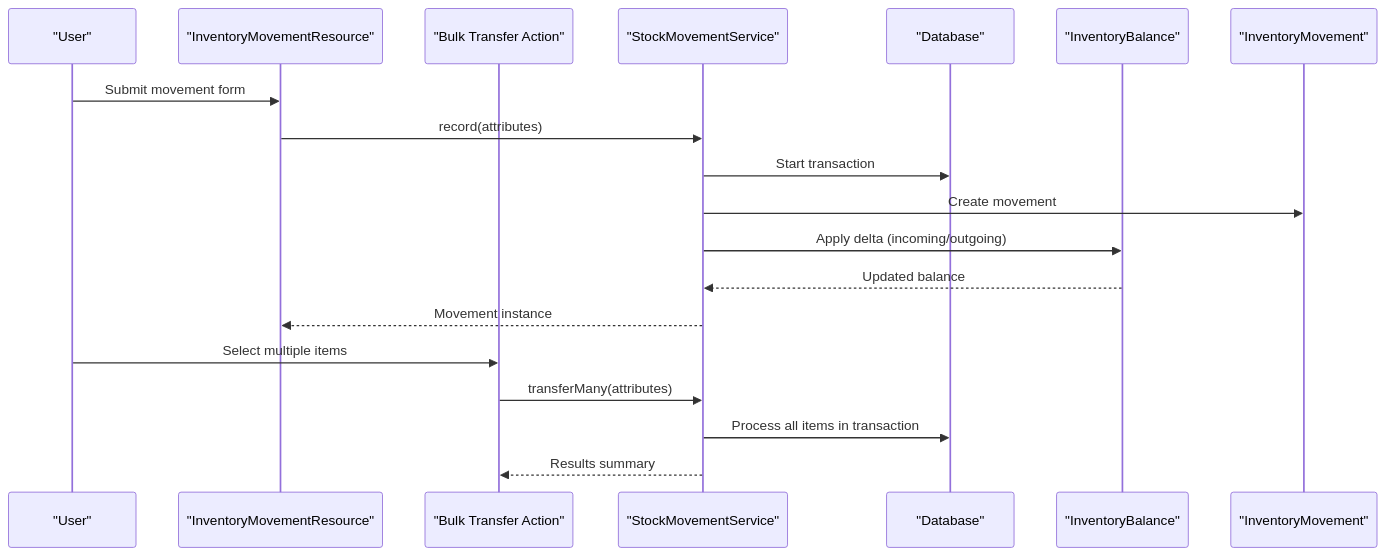
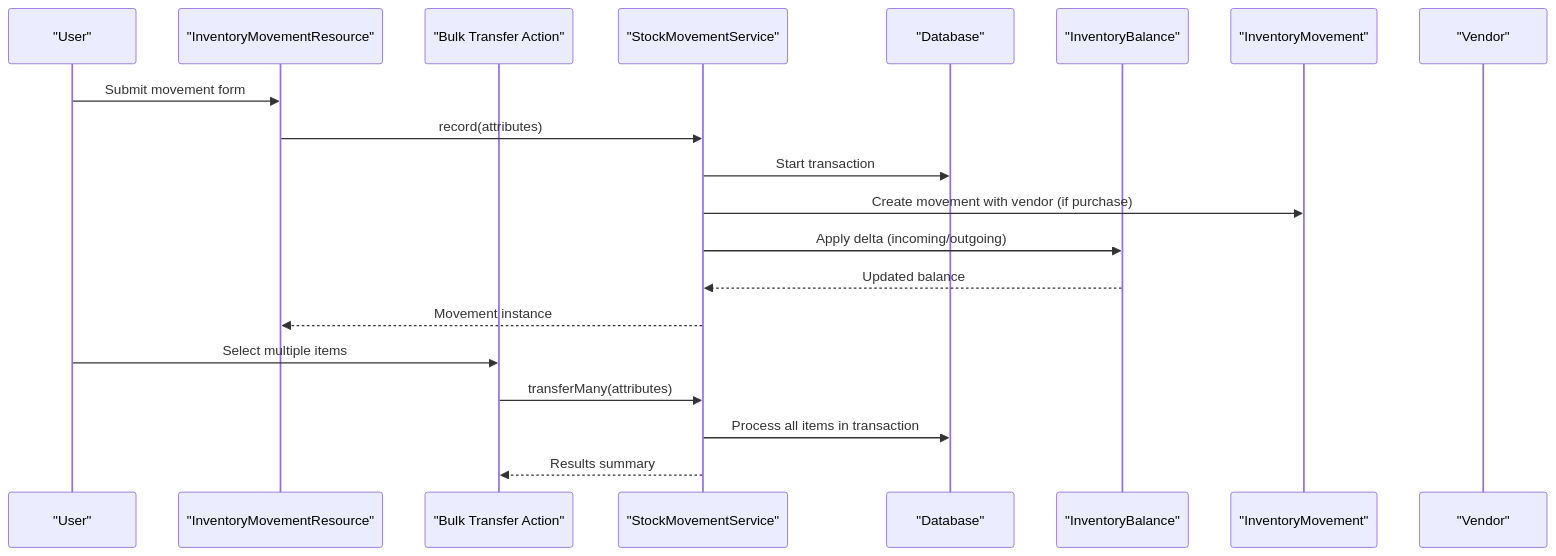
Before and after one commit to Dikksap/laravel_RsvHelmet: the second of 11 diagrams in .qoder/repowiki/en/content/Core Modules/Inventory Management/Inventory Movement Processing.md, drawn with Mermaid. The commit also changed other lines of this file and 33 other files, not shown here.

````diff
--- a/.qoder/repowiki/en/content/Core Modules/Inventory Management/Inventory Movement Processing.md
+++ b/.qoder/repowiki/en/content/Core Modules/Inventory Management/Inventory Movement Processing.md
@@ -95,21 +104,22 @@
 ```mermaid
 sequenceDiagram
 participant User as "User"
 participant Resource as "InventoryMovementResource"
 participant BulkAction as "Bulk Transfer Action"
 participant Service as "StockMovementService"
 participant DB as "Database"
 participant Balance as "InventoryBalance"
 participant Movement as "InventoryMovement"
+participant Vendor as "Vendor"
 User->>Resource : Submit movement form
 Resource->>Service : record(attributes)
 Service->>DB : Start transaction
-Service->>Movement : Create movement
+Service->>Movement : Create movement with vendor (if purchase)
 Service->>Balance : Apply delta (incoming/outgoing)
 Balance-->>Service : Updated balance
 Service-->>Resource : Movement instance
 User->>BulkAction : Select multiple items
 BulkAction->>Service : transferMany(attributes)
 Service->>DB : Process all items in transaction
 Service-->>BulkAction : Results summary
 ```
````
